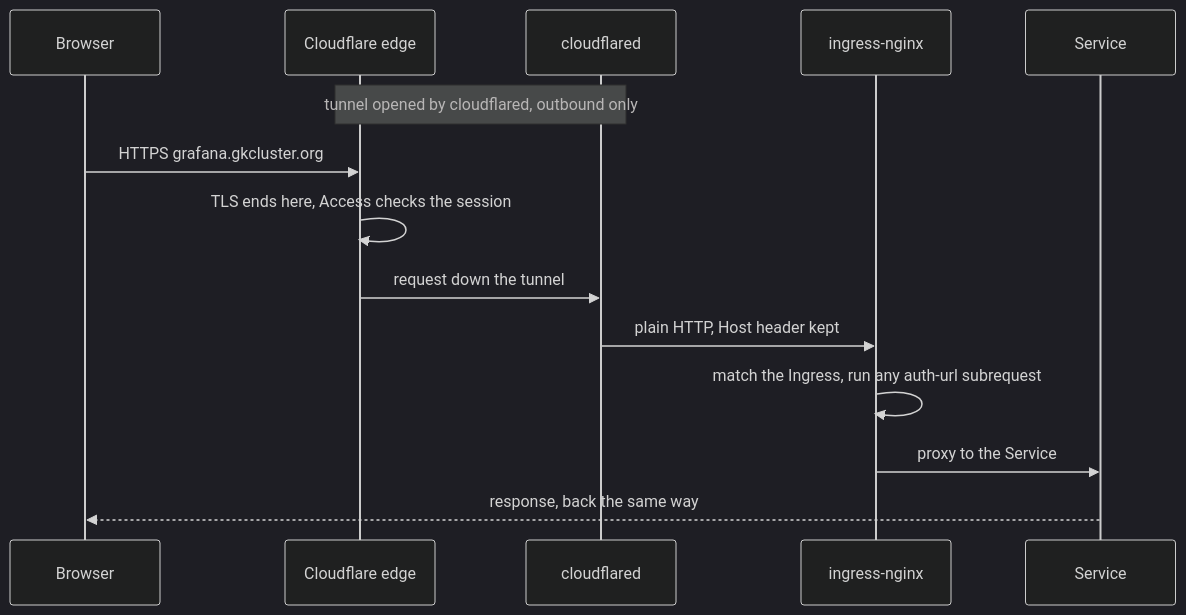
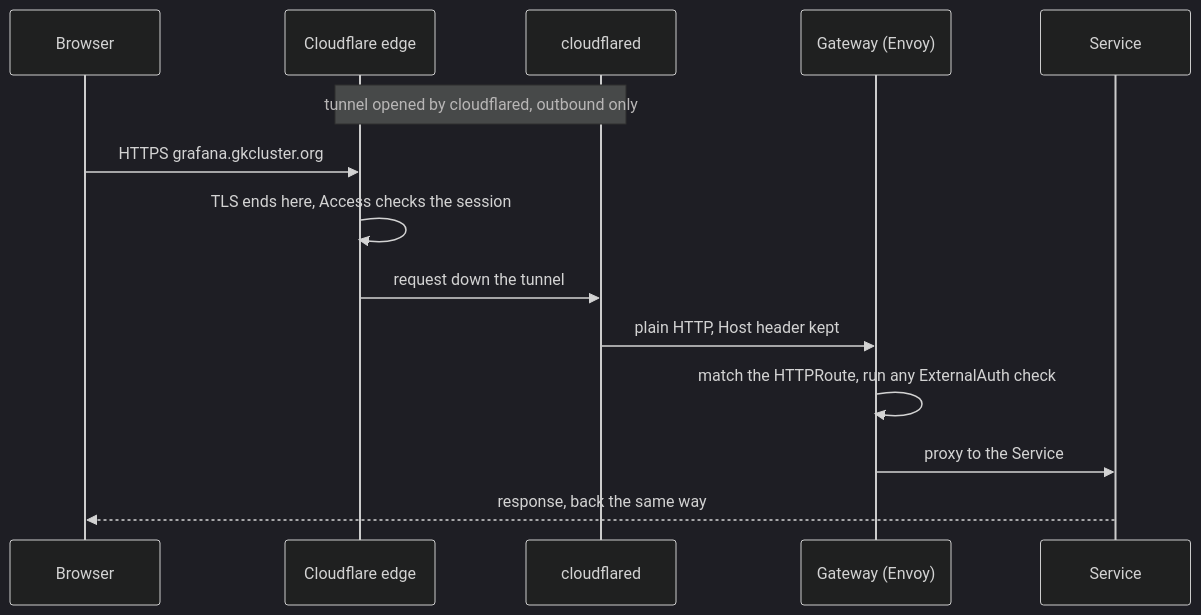
One commit to gilesknap/tpi-k3s-ansible changed the second of 5 diagrams in docs/explanations/architecture/networking.md. Above: the diagram before and after it, drawn with Mermaid (dark theme). The commit also changed other lines of this file and 19 other files, not shown here.

````diff
--- a/docs/explanations/architecture/networking.md
+++ b/docs/explanations/architecture/networking.md
@@ -137,17 +138,17 @@
 ```mermaid
 sequenceDiagram
     participant B as Browser
     participant E as Cloudflare edge
     participant C as cloudflared
-    participant N as ingress-nginx
+    participant N as Gateway (Envoy)
     participant S as Service
 
     Note over C,E: tunnel opened by cloudflared, outbound only
     B->>E: HTTPS grafana.gkcluster.org
     E->>E: TLS ends here, Access checks the session
     E->>C: request down the tunnel
     C->>N: plain HTTP, Host header kept
-    N->>N: match the Ingress, run any auth-url subrequest
+    N->>N: match the HTTPRoute, run any ExternalAuth check
     N->>S: proxy to the Service
     S-->>B: response, back the same way
 ```
````
